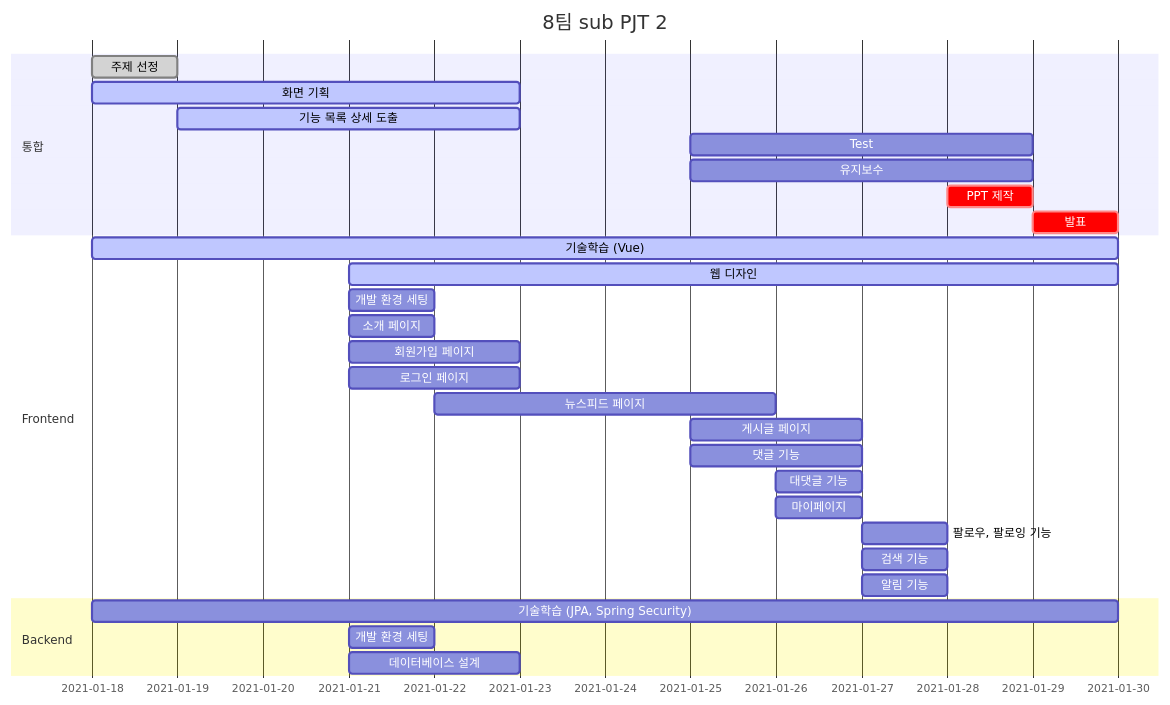
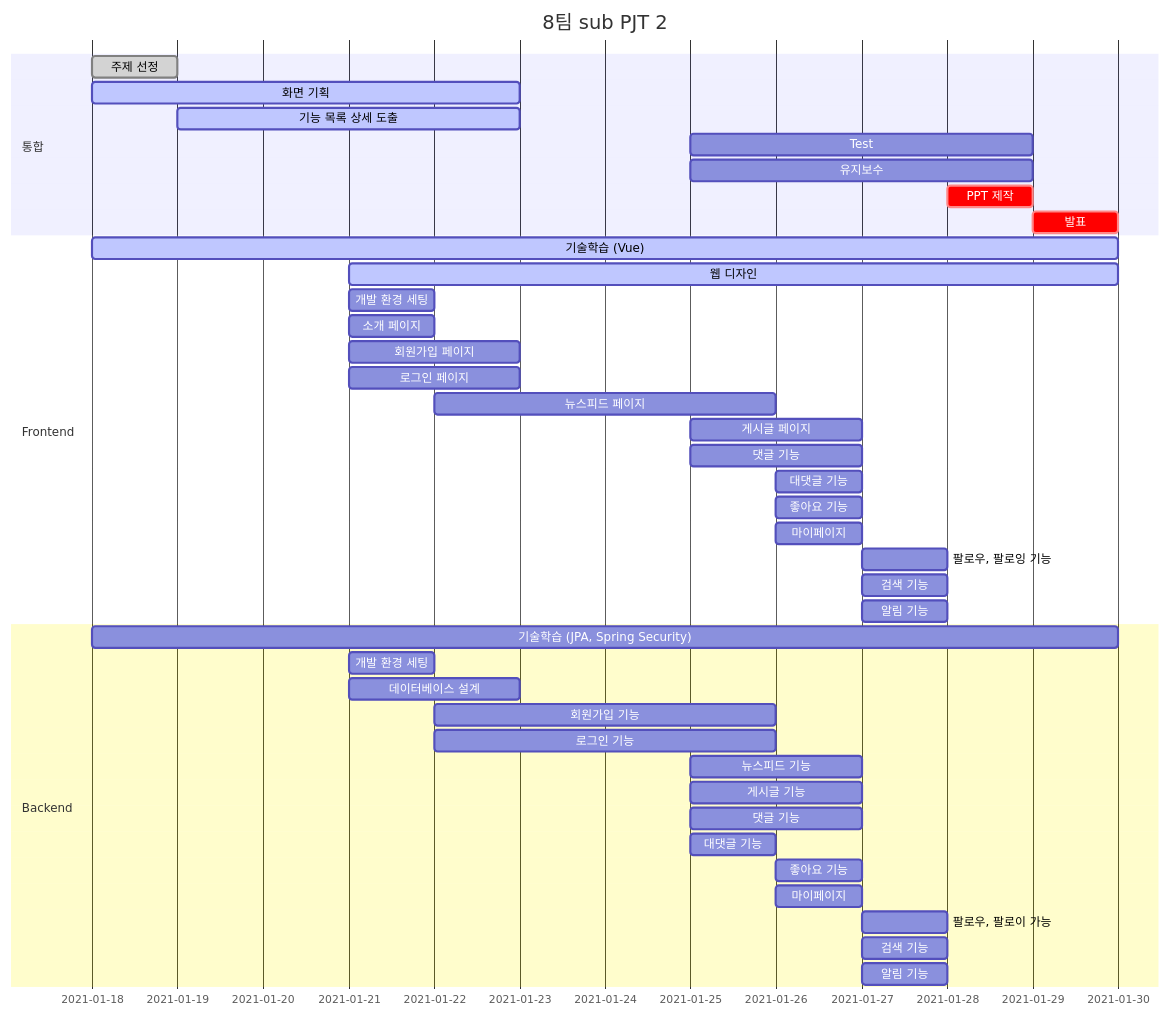
Before and after one commit to mingddo/3PM: the diagram in README.md, drawn with Mermaid.

````diff
--- a/README.md
+++ b/README.md
@@ -16,35 +16,47 @@
 ```mermaid
 gantt
     dateFormat  YYYY-MM-DD
     title       8팀 sub PJT 2
 
     section 통합
     주제 선정 :done,    2021-01-18, 1d
     화면 기획 :active,    2021-01-18, 5d
     기능 목록 상세 도출 :active,  2021-01-19, 4d
     Test :after, 2021-01-25, 4d
     유지보수 :after, 2021-01-25, 4d
     PPT 제작 :crit, after, 2021-01-28, 1d
     발표 :crit, after, 2021-01-29, 1d
     
     section Frontend
     기술학습 (Vue) :active, 2021-01-18, 12d
     웹 디자인 :active, 2021-01-21, 9d
     개발 환경 세팅 :after, 2021-01-21, 1d
     소개 페이지 :after, 2021-01-21, 1d
     회원가입 페이지 :after, 2021-01-21, 2d
     로그인 페이지 :after, 2021-01-21, 2d
     뉴스피드 페이지 :after, 2021-01-22, 4d
     게시글 페이지 :after, 2021-01-25, 2d
     댓글 기능 :after, 2021-01-25, 2d
     대댓글 기능 :after, 2021-01-26, 1d
+    좋아요 기능 :after, 2021-01-26, 1d
     마이페이지 :after, 2021-01-26, 1d
     팔로우, 팔로잉 기능 :after, 2021-01-27, 1d
     검색 기능 :after, 2021-01-27, 1d
     알림 기능 :after, 2021-01-27, 1d
 
     section Backend
     기술학습 (JPA, Spring Security) :after, 2021-01-18, 12d
     개발 환경 세팅 :after, 2021-01-21, 1d
     데이터베이스 설계 :after, 2021-01-21, 2d
+    회원가입 기능 :after, 2021-01-22, 4d
+    로그인 기능 :after, 2021-01-22, 4d
+    뉴스피드 기능 :after, 2021-01-25, 2d
+    게시글 기능 :after, 2021-01-25, 2d
+    댓글 기능 :after, 2021-01-25, 2d
+    대댓글 기능 :after, 2021-01-25, 1d
+    좋아요 기능 :after, 2021-01-26, 1d
+    마이페이지 :after, 2021-01-26, 1d
+    팔로우, 팔로이 가능 :after, 2021-01-27, 1d
+    검색 기능 :after, 2021-01-27, 1d
+    알림 기능 :after, 2021-01-27, 1d
 ```
````
